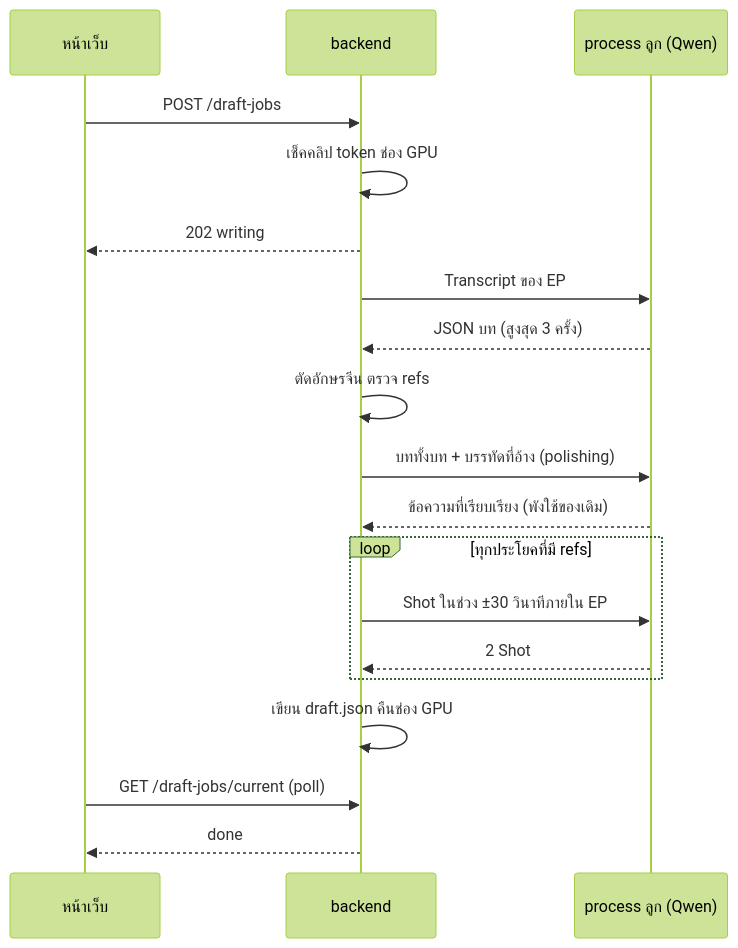
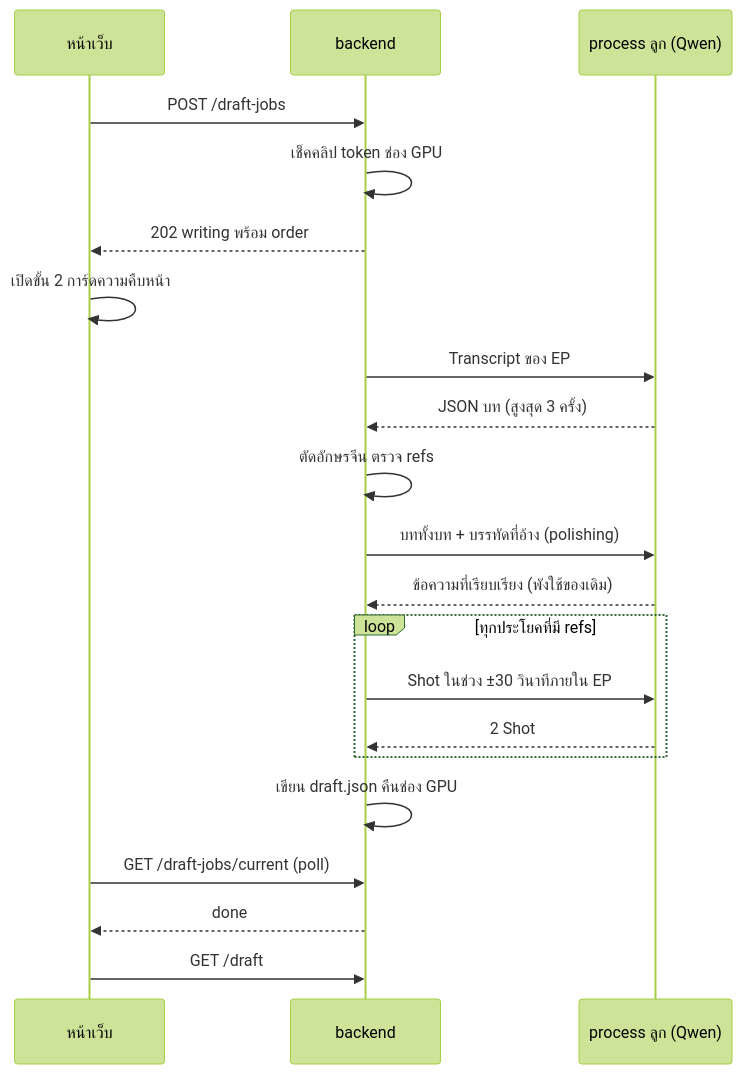
One commit to mousemouse094526/framecraft changed the second of 5 diagrams in docs/features/spoil-maker/flow.md. Above: the diagram before and after it, drawn with Mermaid (forest theme). The commit also changed other lines of this file and 21 other files, not shown here.

````diff
--- a/docs/features/spoil-maker/flow.md
+++ b/docs/features/spoil-maker/flow.md
@@ -50,21 +51,23 @@
 ```mermaid
 sequenceDiagram
     participant UI as หน้าเว็บ
     participant API as backend
     participant W as process ลูก (Qwen)
     UI->>API: POST /draft-jobs
     API->>API: เช็คคลิป token ช่อง GPU
-    API-->>UI: 202 writing
+    API-->>UI: 202 writing พร้อม order
+    UI->>UI: เปิดขั้น 2 การ์ดความคืบหน้า
     API->>W: Transcript ของ EP
     W-->>API: JSON บท (สูงสุด 3 ครั้ง)
     API->>API: ตัดอักษรจีน ตรวจ refs
     API->>W: บททั้งบท + บรรทัดที่อ้าง (polishing)
     W-->>API: ข้อความที่เรียบเรียง (พังใช้ของเดิม)
     loop ทุกประโยคที่มี refs
         API->>W: Shot ในช่วง ±30 วินาทีภายใน EP
         W-->>API: 2 Shot
     end
     API->>API: เขียน draft.json คืนช่อง GPU
     UI->>API: GET /draft-jobs/current (poll)
     API-->>UI: done
+    UI->>API: GET /draft
 ```
````
